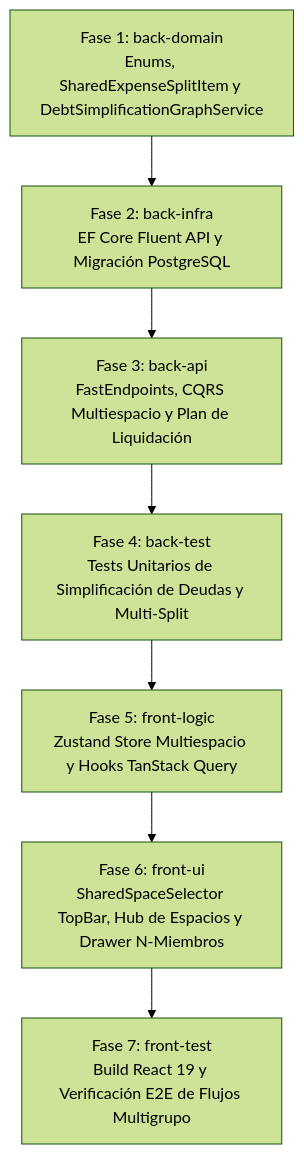
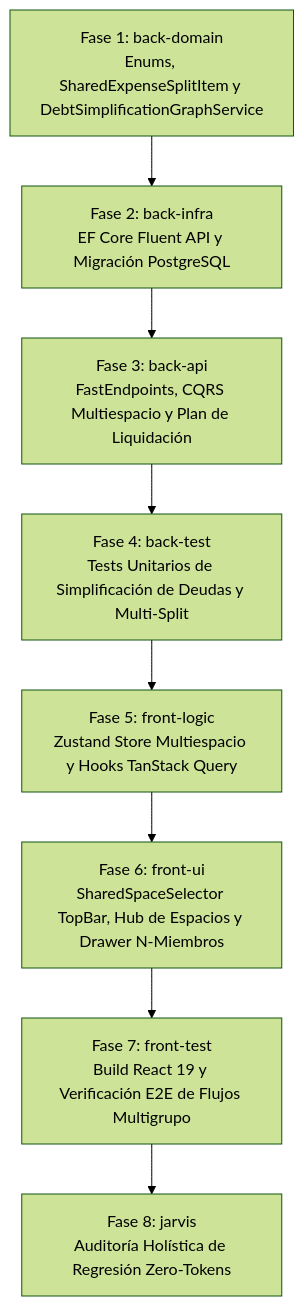
Before and after one commit to serchodm/Nexus: the diagram in specs/features/006-multi-space-shared-expenses/03-tasks.md, drawn with Mermaid (forest theme). The commit also changed other lines of this file and 2 other files, not shown here.

````diff
--- a/specs/features/006-multi-space-shared-expenses/03-tasks.md
+++ b/specs/features/006-multi-space-shared-expenses/03-tasks.md
@@ -16,9 +26,10 @@
 ```mermaid
 graph TD
     F1[Fase 1: back-domain<br>Enums, SharedExpenseSplitItem y DebtSimplificationGraphService] --> F2[Fase 2: back-infra<br>EF Core Fluent API y Migración PostgreSQL]
     F2 --> F3[Fase 3: back-api<br>FastEndpoints, CQRS Multiespacio y Plan de Liquidación]
     F3 --> F4[Fase 4: back-test<br>Tests Unitarios de Simplificación de Deudas y Multi-Split]
     F4 --> F5[Fase 5: front-logic<br>Zustand Store Multiespacio y Hooks TanStack Query]
     F5 --> F6[Fase 6: front-ui<br>SharedSpaceSelector TopBar, Hub de Espacios y Drawer N-Miembros]
     F6 --> F7[Fase 7: front-test<br>Build React 19 y Verificación E2E de Flujos Multigrupo]
+    F7 --> F8[Fase 8: jarvis<br>Auditoría Holística de Regresión Zero-Tokens]
 ```
````
